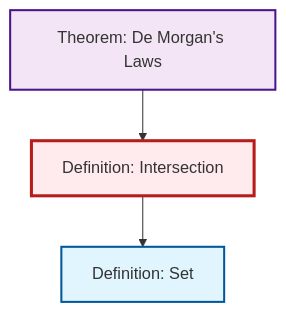
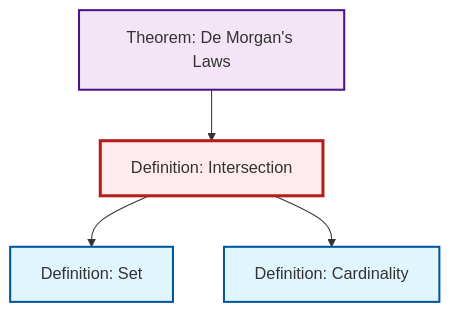
One commit to RK0429/ModernMath changed the diagram in content/ja/logic-set-theory/def-intersection.qmd. Above: the diagram before and after it, drawn with Mermaid. The commit also changed 581 other files, not shown here.

````diff
--- a/content/ja/logic-set-theory/def-intersection.qmd
+++ b/content/ja/logic-set-theory/def-intersection.qmd
@@ -63,17 +63,20 @@
 ```{mermaid}
 %%| fig-cap: "Local dependency graph"
 graph TD
     classDef definition fill:#e1f5fe,stroke:#01579b,stroke-width:2px
     classDef theorem fill:#f3e5f5,stroke:#4a148c,stroke-width:2px
     classDef axiom fill:#fff3e0,stroke:#e65100,stroke-width:2px
     classDef example fill:#e8f5e9,stroke:#1b5e20,stroke-width:2px
     classDef current fill:#ffebee,stroke:#b71c1c,stroke-width:3px
+    thm-de-morgan["Theorem: De Morgan's Laws"]:::theorem
+    def-cardinality["Definition: Cardinality"]:::definition
+    def-set["Definition: Set"]:::definition
     def-intersection["Definition: Intersection"]:::definition
-    def-set["Definition: Set"]:::definition
-    thm-de-morgan["Theorem: De Morgan's Laws"]:::theorem
+    def-intersection --> def-set
+    def-intersection --> def-cardinality
     thm-de-morgan --> def-intersection
-    def-intersection --> def-set
     class def-intersection current
+    click thm-de-morgan "thm-de-morgan.html" "Theorem: De Morgan's Lawsへ"
+    click def-cardinality "def-cardinality.html" "Definition: Cardinalityへ"
     click def-set "def-set.html" "Definition: Setへ"
-    click thm-de-morgan "thm-de-morgan.html" "Theorem: De Morgan's Lawsへ"
 ```
````
